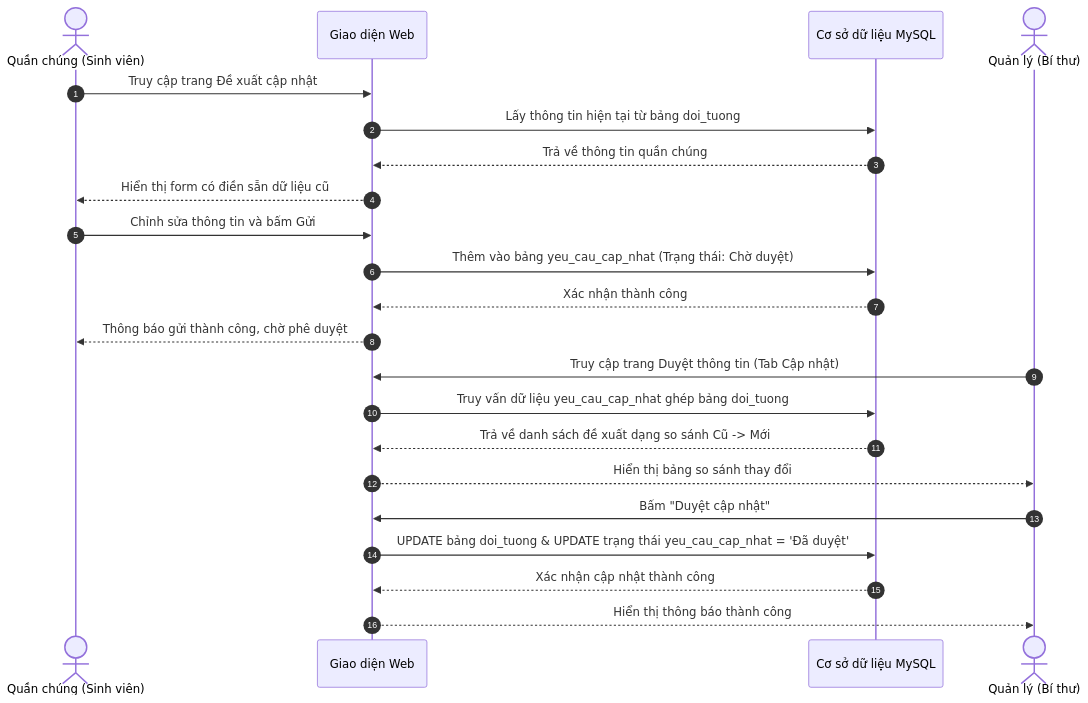
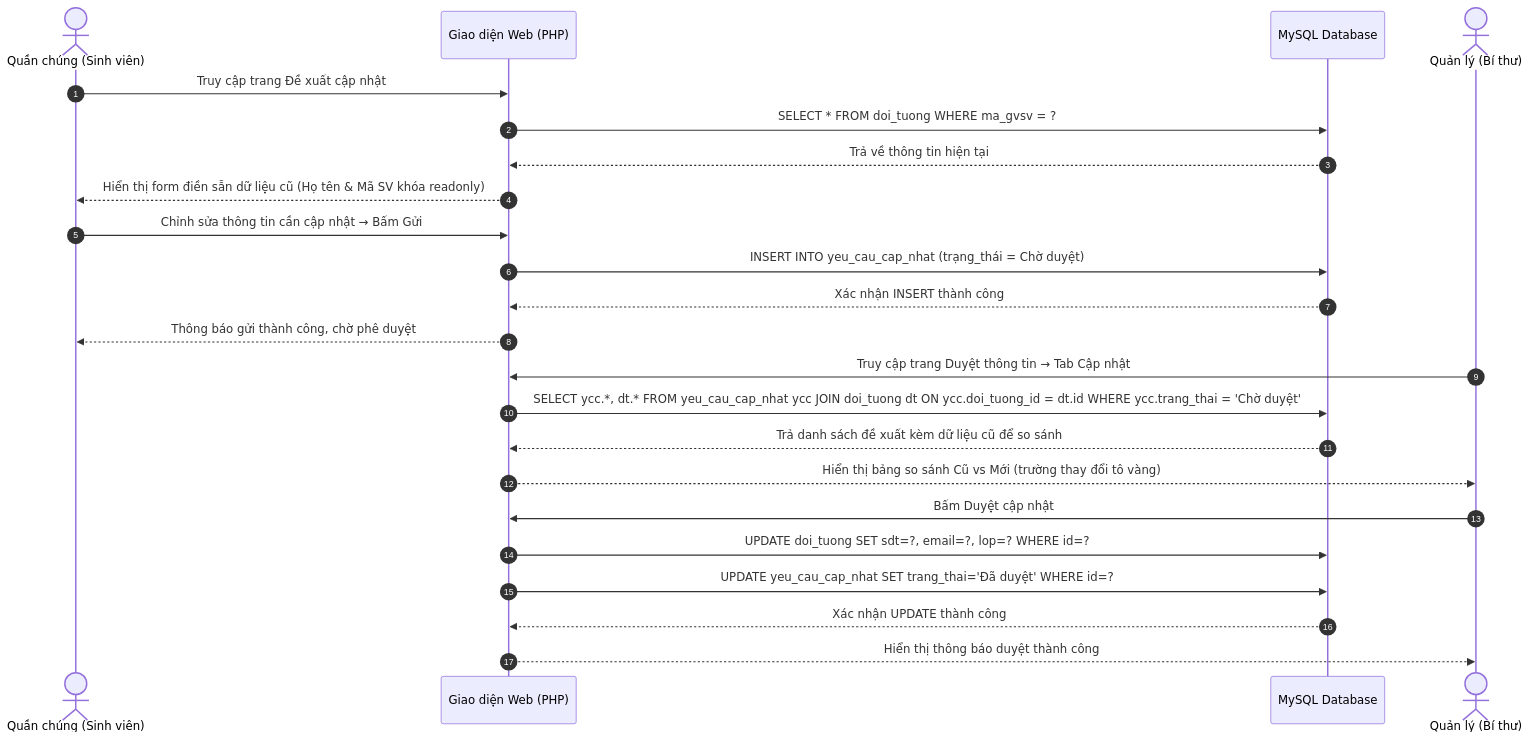
Before and after one commit to Datdajt03/QLQTUT-Dang: the fourth of 6 diagrams in chitiet.md, drawn with Mermaid. The commit also changed other lines of this file, not shown here.

Commit message:
Docs: completely rewrite chitiet.md - comprehensive system analysis report with full UI descriptions, 35-column data dictionary, 4 diagrams, architecture overview, results table

````diff
--- a/chitiet.md
+++ b/chitiet.md
@@ -166,26 +341,27 @@
 ```mermaid
 sequenceDiagram
     autonumber
     actor SV as Quần chúng (Sinh viên)
-    participant UI as Giao diện Web
-    participant DB as Cơ sở dữ liệu MySQL
+    participant UI as Giao diện Web (PHP)
+    participant DB as MySQL Database
     actor QL as Quản lý (Bí thư)
 
     SV->>UI: Truy cập trang Đề xuất cập nhật
-    UI->>DB: Lấy thông tin hiện tại từ bảng doi_tuong
-    DB-->>UI: Trả về thông tin quần chúng
-    UI-->>SV: Hiển thị form có điền sẵn dữ liệu cũ
-    SV->>UI: Chỉnh sửa thông tin và bấm Gửi
-    UI->>DB: Thêm vào bảng yeu_cau_cap_nhat (Trạng thái: Chờ duyệt)
-    DB-->>UI: Xác nhận thành công
+    UI->>DB: SELECT * FROM doi_tuong WHERE ma_gvsv = ?
+    DB-->>UI: Trả về thông tin hiện tại
+    UI-->>SV: Hiển thị form điền sẵn dữ liệu cũ (Họ tên & Mã SV khóa readonly)
+    SV->>UI: Chỉnh sửa thông tin cần cập nhật → Bấm Gửi
+    UI->>DB: INSERT INTO yeu_cau_cap_nhat (trạng_thái = Chờ duyệt)
+    DB-->>UI: Xác nhận INSERT thành công
     UI-->>SV: Thông báo gửi thành công, chờ phê duyệt
 
-    QL->>UI: Truy cập trang Duyệt thông tin (Tab Cập nhật)
-    UI->>DB: Truy vấn dữ liệu yeu_cau_cap_nhat ghép bảng doi_tuong
-    DB-->>UI: Trả về danh sách đề xuất dạng so sánh Cũ -> Mới
-    UI-->>QL: Hiển thị bảng so sánh thay đổi
-    QL->>UI: Bấm "Duyệt cập nhật"
-    UI->>DB: UPDATE bảng doi_tuong & UPDATE trạng thái yeu_cau_cap_nhat = 'Đã duyệt'
-    DB-->>UI: Xác nhận cập nhật thành công
-    UI-->>QL: Hiển thị thông báo thành công
+    QL->>UI: Truy cập trang Duyệt thông tin → Tab Cập nhật
+    UI->>DB: SELECT ycc.*, dt.* FROM yeu_cau_cap_nhat ycc JOIN doi_tuong dt ON ycc.doi_tuong_id = dt.id WHERE ycc.trang_thai = 'Chờ duyệt'
+    DB-->>UI: Trả danh sách đề xuất kèm dữ liệu cũ để so sánh
+    UI-->>QL: Hiển thị bảng so sánh Cũ vs Mới (trường thay đổi tô vàng)
+    QL->>UI: Bấm Duyệt cập nhật
+    UI->>DB: UPDATE doi_tuong SET sdt=?, email=?, lop=? WHERE id=?
+    UI->>DB: UPDATE yeu_cau_cap_nhat SET trang_thai='Đã duyệt' WHERE id=?
+    DB-->>UI: Xác nhận UPDATE thành công
+    UI-->>QL: Hiển thị thông báo duyệt thành công
 ```
````
